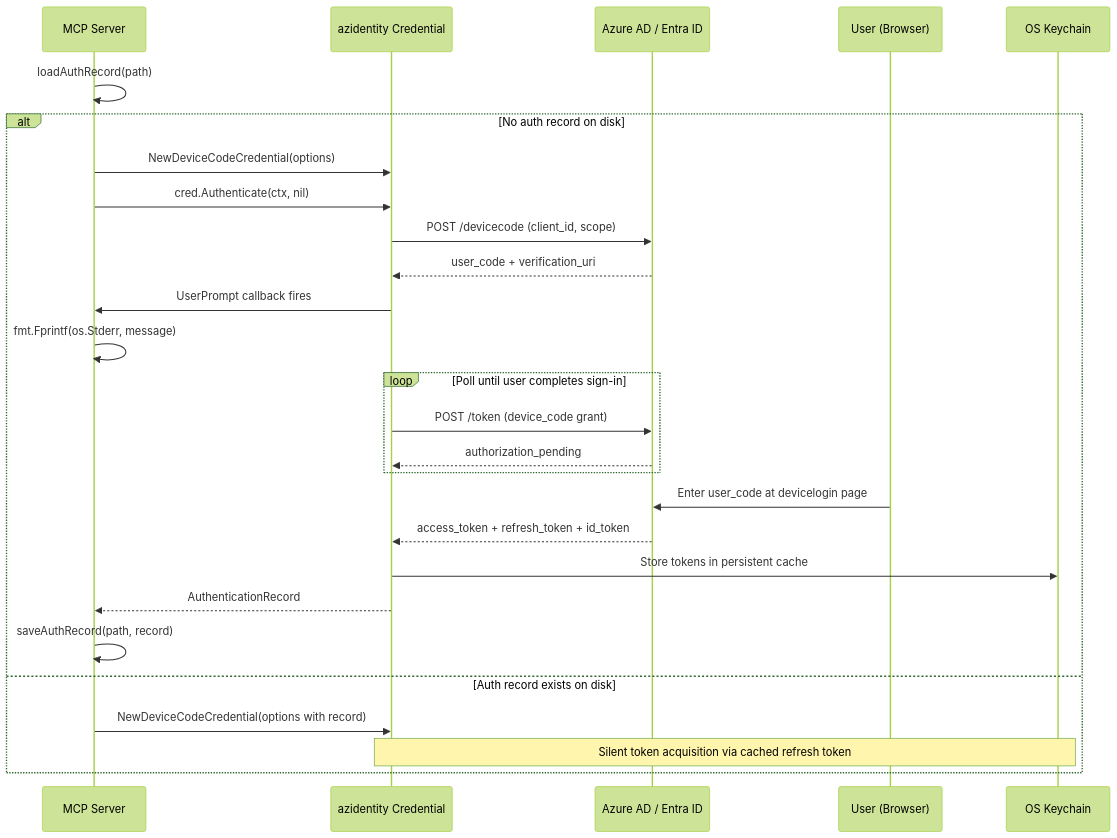
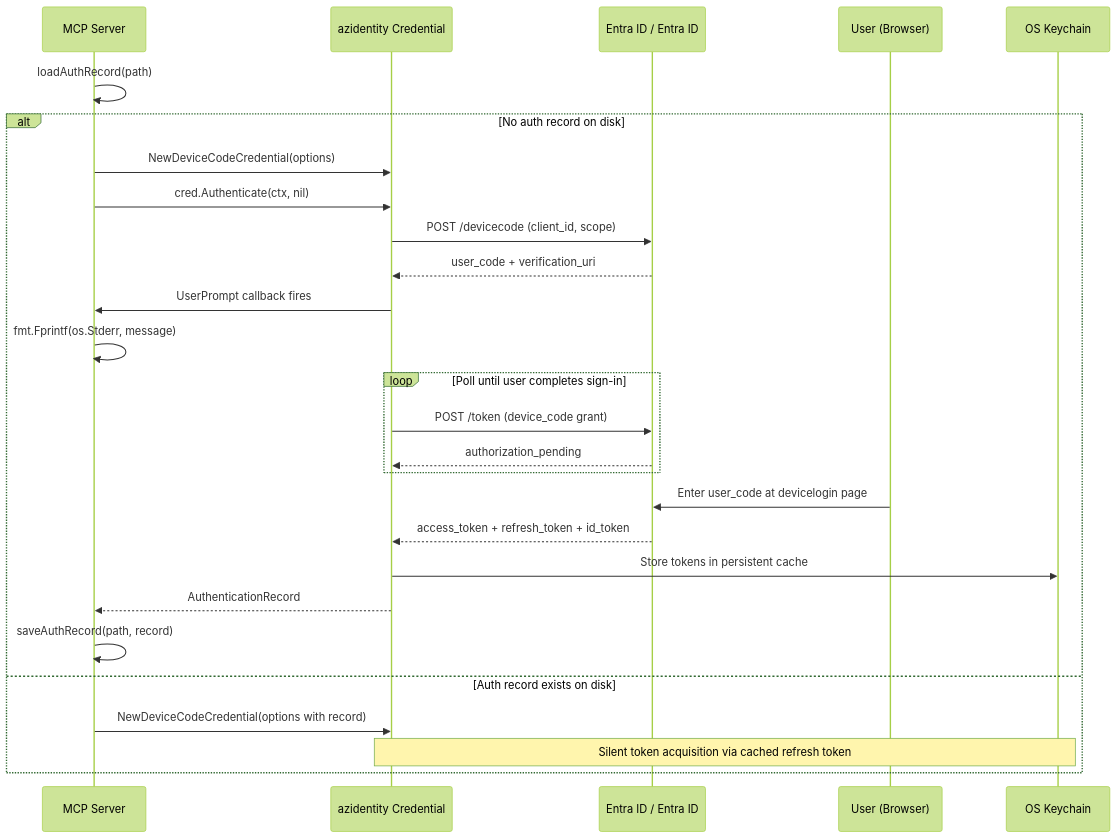
One commit to desek/outlook-local-mcp changed the first of 3 diagrams in docs/cr/CR-0003-authentication.md. Above: the diagram before and after it, drawn with Mermaid (forest theme). The commit also changed other lines of this file and 42 other files, not shown here.

Commit message:
fix: rename azure ad to entra id (#15)

````diff
--- a/docs/cr/CR-0003-authentication.md
+++ b/docs/cr/CR-0003-authentication.md
@@ -55,30 +55,30 @@
 ```mermaid
 sequenceDiagram
     participant S as MCP Server
     participant AZ as azidentity Credential
-    participant AAD as Azure AD / Entra ID
+    participant AAD as Entra ID / Entra ID
     participant U as User (Browser)
     participant KC as OS Keychain
 
     S->>S: loadAuthRecord(path)
     alt No auth record on disk
         S->>AZ: NewDeviceCodeCredential(options)
         S->>AZ: cred.Authenticate(ctx, nil)
         AZ->>AAD: POST /devicecode (client_id, scope)
         AAD-->>AZ: user_code + verification_uri
         AZ->>S: UserPrompt callback fires
         S->>S: fmt.Fprintf(os.Stderr, message)
         loop Poll until user completes sign-in
             AZ->>AAD: POST /token (device_code grant)
             AAD-->>AZ: authorization_pending
         end
         U->>AAD: Enter user_code at devicelogin page
         AAD-->>AZ: access_token + refresh_token + id_token
         AZ->>KC: Store tokens in persistent cache
         AZ-->>S: AuthenticationRecord
         S->>S: saveAuthRecord(path, record)
     else Auth record exists on disk
         S->>AZ: NewDeviceCodeCredential(options with record)
         Note over AZ,KC: Silent token acquisition via cached refresh token
     end
 ```
````
